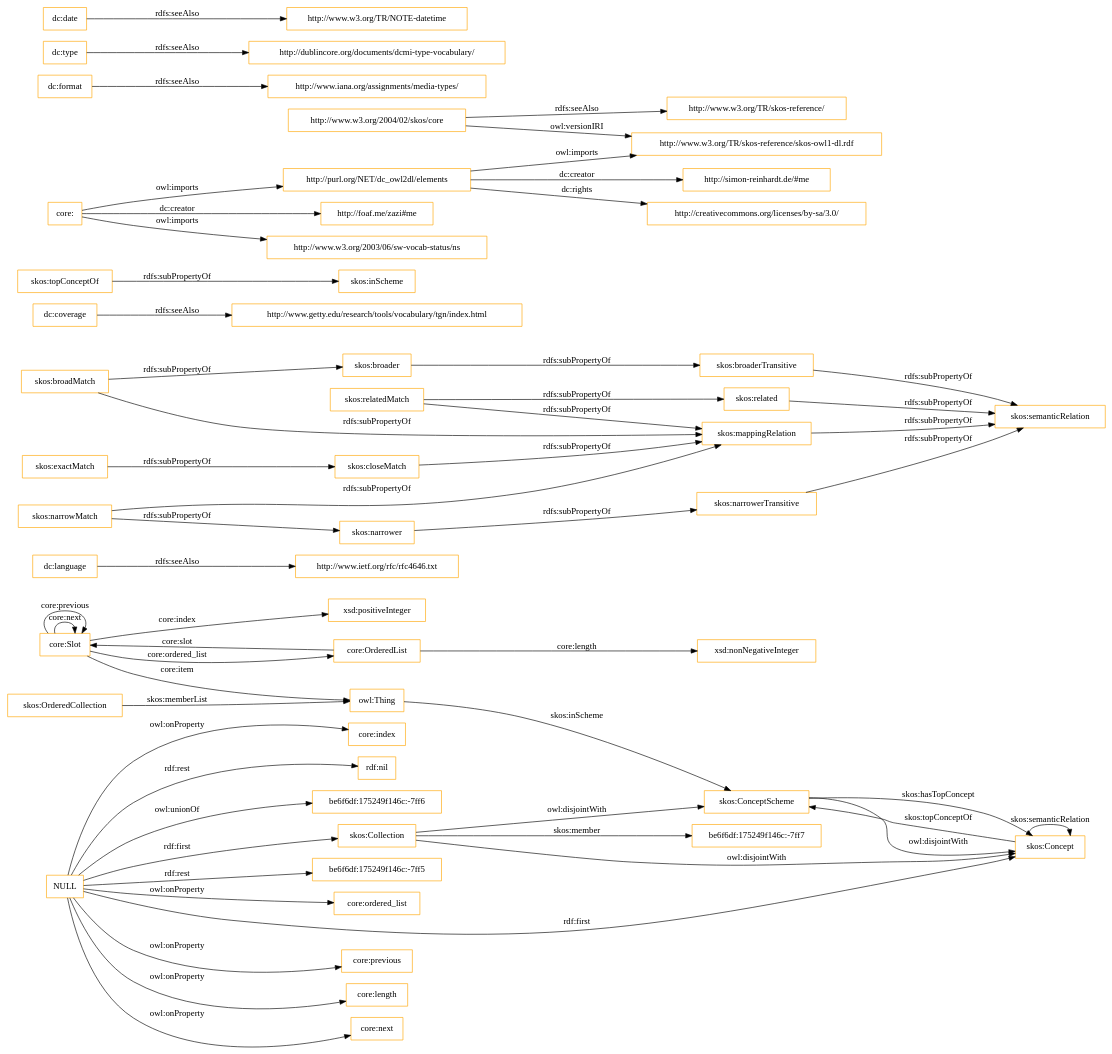
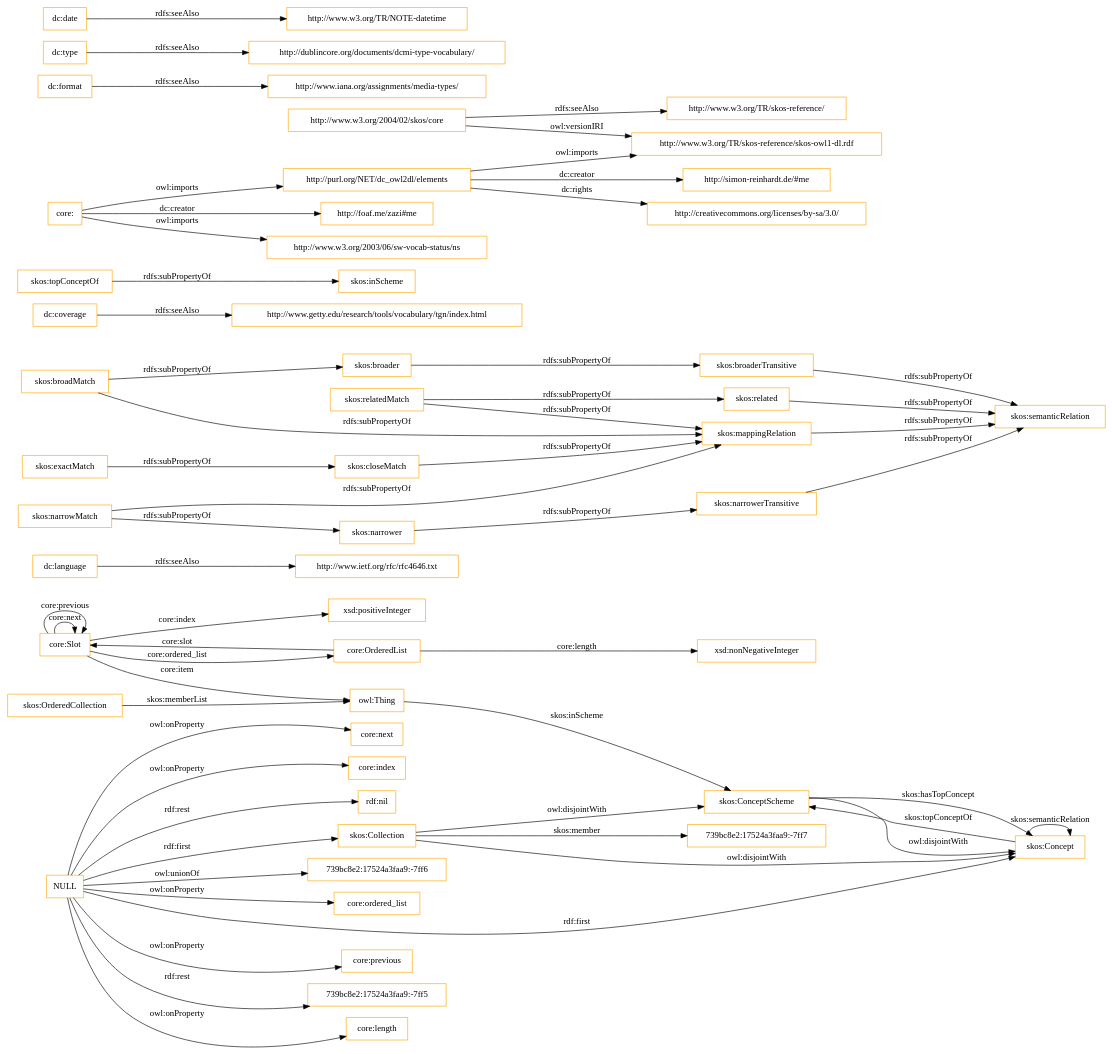
The diagram in OnToology/imports/core.owl/diagrams/ar2dtool-class/core.owl.png.dot (OnToologyUser/core-ontology-1), drawn with Graphviz before and after one commit. The commit also changed 14 other files, not shown here.

```diff
--- a/OnToology/imports/core.owl/diagrams/ar2dtool-class/core.owl.png.dot
+++ b/OnToology/imports/core.owl/diagrams/ar2dtool-class/core.owl.png.dot
@@ -1,60 +1,60 @@
 digraph ar2dtool_diagram { 
 rankdir=LR;
 size="1501"
-node [shape = rectangle, color="orange"]; "core:Slot" "core:OrderedList" "be6f6df:175249f146c:-7ff7" "skos:OrderedCollection" "skos:Collection" "skos:ConceptScheme" "skos:Concept" ; /*classes style*/
+node [shape = rectangle, color="orange"]; "core:Slot" "core:OrderedList" "739bc8e2:17524a3faa9:-7ff7" "skos:OrderedCollection" "skos:Collection" "skos:ConceptScheme" "skos:Concept" ; /*classes style*/
 	"dc:language" -> "http://www.ietf.org/rfc/rfc4646.txt" [ label = "rdfs:seeAlso" ];
 	"NULL" -> "core:previous" [ label = "owl:onProperty" ];
+	"NULL" -> "739bc8e2:17524a3faa9:-7ff5" [ label = "rdf:rest" ];
 	"NULL" -> "core:length" [ label = "owl:onProperty" ];
 	"NULL" -> "skos:Concept" [ label = "rdf:first" ];
 	"NULL" -> "core:next" [ label = "owl:onProperty" ];
 	"NULL" -> "core:index" [ label = "owl:onProperty" ];
 	"NULL" -> "rdf:nil" [ label = "rdf:rest" ];
-	"NULL" -> "be6f6df:175249f146c:-7ff6" [ label = "owl:unionOf" ];
-	"NULL" -> "be6f6df:175249f146c:-7ff5" [ label = "rdf:rest" ];
+	"NULL" -> "739bc8e2:17524a3faa9:-7ff6" [ label = "owl:unionOf" ];
 	"NULL" -> "core:ordered_list" [ label = "owl:onProperty" ];
 	"NULL" -> "skos:Collection" [ label = "rdf:first" ];
 	"skos:closeMatch" -> "skos:mappingRelation" [ label = "rdfs:subPropertyOf" ];
 	"dc:coverage" -> "http://www.getty.edu/research/tools/vocabulary/tgn/index.html" [ label = "rdfs:seeAlso" ];
 	"skos:relatedMatch" -> "skos:related" [ label = "rdfs:subPropertyOf" ];
 	"skos:relatedMatch" -> "skos:mappingRelation" [ label = "rdfs:subPropertyOf" ];
 	"skos:ConceptScheme" -> "skos:Concept" [ label = "owl:disjointWith" ];
 	"skos:related" -> "skos:semanticRelation" [ label = "rdfs:subPropertyOf" ];
 	"skos:topConceptOf" -> "skos:inScheme" [ label = "rdfs:subPropertyOf" ];
 	"skos:broadMatch" -> "skos:broader" [ label = "rdfs:subPropertyOf" ];
 	"skos:broadMatch" -> "skos:mappingRelation" [ label = "rdfs:subPropertyOf" ];
 	"http://purl.org/NET/dc_owl2dl/elements" -> "http://www.w3.org/TR/skos-reference/skos-owl1-dl.rdf" [ label = "owl:imports" ];
 	"http://purl.org/NET/dc_owl2dl/elements" -> "http://creativecommons.org/licenses/by-sa/3.0/" [ label = "dc:rights" ];
 	"http://purl.org/NET/dc_owl2dl/elements" -> "http://simon-reinhardt.de/#me" [ label = "dc:creator" ];
 	"skos:exactMatch" -> "skos:closeMatch" [ label = "rdfs:subPropertyOf" ];
 	"dc:format" -> "http://www.iana.org/assignments/media-types/" [ label = "rdfs:seeAlso" ];
 	"core:" -> "http://foaf.me/zazi#me" [ label = "dc:creator" ];
 	"core:" -> "http://www.w3.org/2003/06/sw-vocab-status/ns" [ label = "owl:imports" ];
 	"core:" -> "http://purl.org/NET/dc_owl2dl/elements" [ label = "owl:imports" ];
 	"skos:broaderTransitive" -> "skos:semanticRelation" [ label = "rdfs:subPropertyOf" ];
 	"skos:mappingRelation" -> "skos:semanticRelation" [ label = "rdfs:subPropertyOf" ];
 	"skos:broader" -> "skos:broaderTransitive" [ label = "rdfs:subPropertyOf" ];
 	"dc:type" -> "http://dublincore.org/documents/dcmi-type-vocabulary/" [ label = "rdfs:seeAlso" ];
 	"http://www.w3.org/2004/02/skos/core" -> "http://www.w3.org/TR/skos-reference/skos-owl1-dl.rdf" [ label = "owl:versionIRI" ];
 	"http://www.w3.org/2004/02/skos/core" -> "http://www.w3.org/TR/skos-reference/" [ label = "rdfs:seeAlso" ];
 	"skos:Collection" -> "skos:ConceptScheme" [ label = "owl:disjointWith" ];
 	"skos:Collection" -> "skos:Concept" [ label = "owl:disjointWith" ];
 	"skos:narrowMatch" -> "skos:narrower" [ label = "rdfs:subPropertyOf" ];
 	"skos:narrowMatch" -> "skos:mappingRelation" [ label = "rdfs:subPropertyOf" ];
 	"skos:narrower" -> "skos:narrowerTransitive" [ label = "rdfs:subPropertyOf" ];
 	"dc:date" -> "http://www.w3.org/TR/NOTE-datetime" [ label = "rdfs:seeAlso" ];
 	"skos:narrowerTransitive" -> "skos:semanticRelation" [ label = "rdfs:subPropertyOf" ];
 	"core:Slot" -> "xsd:positiveInteger" [ label = "core:index" ];
 	"skos:Concept" -> "skos:ConceptScheme" [ label = "skos:topConceptOf" ];
 	"core:Slot" -> "owl:Thing" [ label = "core:item" ];
 	"core:OrderedList" -> "xsd:nonNegativeInteger" [ label = "core:length" ];
 	"core:OrderedList" -> "core:Slot" [ label = "core:slot" ];
-	"skos:Collection" -> "be6f6df:175249f146c:-7ff7" [ label = "skos:member" ];
+	"skos:Collection" -> "739bc8e2:17524a3faa9:-7ff7" [ label = "skos:member" ];
 	"core:Slot" -> "core:Slot" [ label = "core:next" ];
 	"skos:ConceptScheme" -> "skos:Concept" [ label = "skos:hasTopConcept" ];
 	"owl:Thing" -> "skos:ConceptScheme" [ label = "skos:inScheme" ];
 	"core:Slot" -> "core:Slot" [ label = "core:previous" ];
 	"skos:OrderedCollection" -> "owl:Thing" [ label = "skos:memberList" ];
 	"skos:Concept" -> "skos:Concept" [ label = "skos:semanticRelation" ];
 	"core:Slot" -> "core:OrderedList" [ label = "core:ordered_list" ];
 
 }
```
